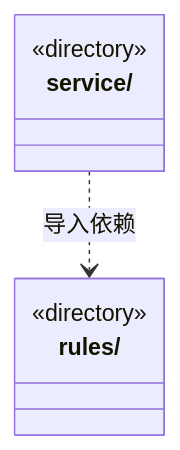
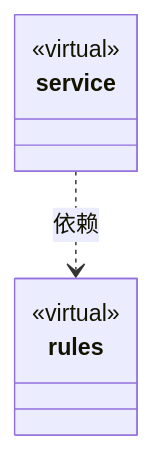
Before and after one commit to nan023062/cbim: the diagram in src/logic/connectors/ARCHITECTURE.md, drawn with Mermaid. The commit also changed other lines of this file and 158 other files, not shown here.

Commit message:
docs: model architecture through nested virtual encapsulations

````diff
--- a/src/logic/connectors/ARCHITECTURE.md
+++ b/src/logic/connectors/ARCHITECTURE.md
@@ -35,10 +17,12 @@
 ```mermaid
 classDiagram
-class N_src_logic_connectors_rules["rules/"] {
-  <<directory>>
+class N_eb7dc57d11a6["rules"] {
+  <<virtual>>
 }
-class N_src_logic_connectors_service["service/"] {
-  <<directory>>
+click N_eb7dc57d11a6 href "rules/ARCHITECTURE.md"
+class N_a5c0e08a89f6["service"] {
+  <<virtual>>
 }
-N_src_logic_connectors_service ..> N_src_logic_connectors_rules : 导入依赖
+click N_a5c0e08a89f6 href "service/ARCHITECTURE.md"
+N_a5c0e08a89f6 ..> N_eb7dc57d11a6 : 依赖
 ```
````
